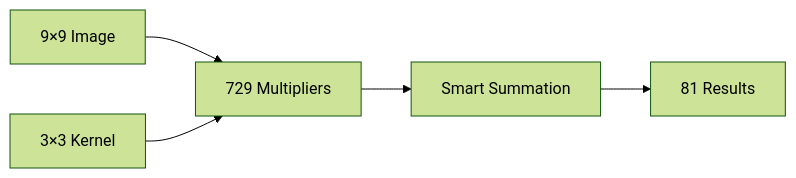
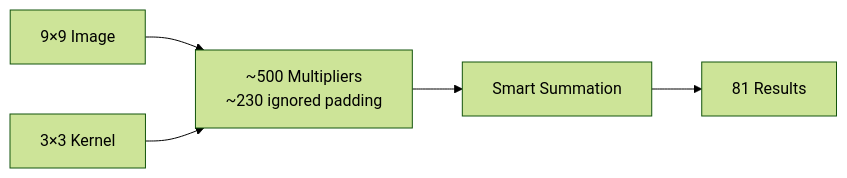
One commit to jalcim/logilib changed the first of 10 diagrams in src/tensor/README.md. Above: the diagram before and after it, drawn with Mermaid (forest theme). The commit also changed other lines of this file, not shown here.

````diff
--- a/src/tensor/README.md
+++ b/src/tensor/README.md
@@ -21,7 +21,7 @@
 ```mermaid
 graph LR
-    A[9×9 Image] --> B[729 Multipliers]
+    A[9×9 Image] --> B[~500 Multipliers<br/>~230 ignored padding]
     C[3×3 Kernel] --> B
     B --> D[Smart Summation]
     D --> E[81 Results]
 ```
````
